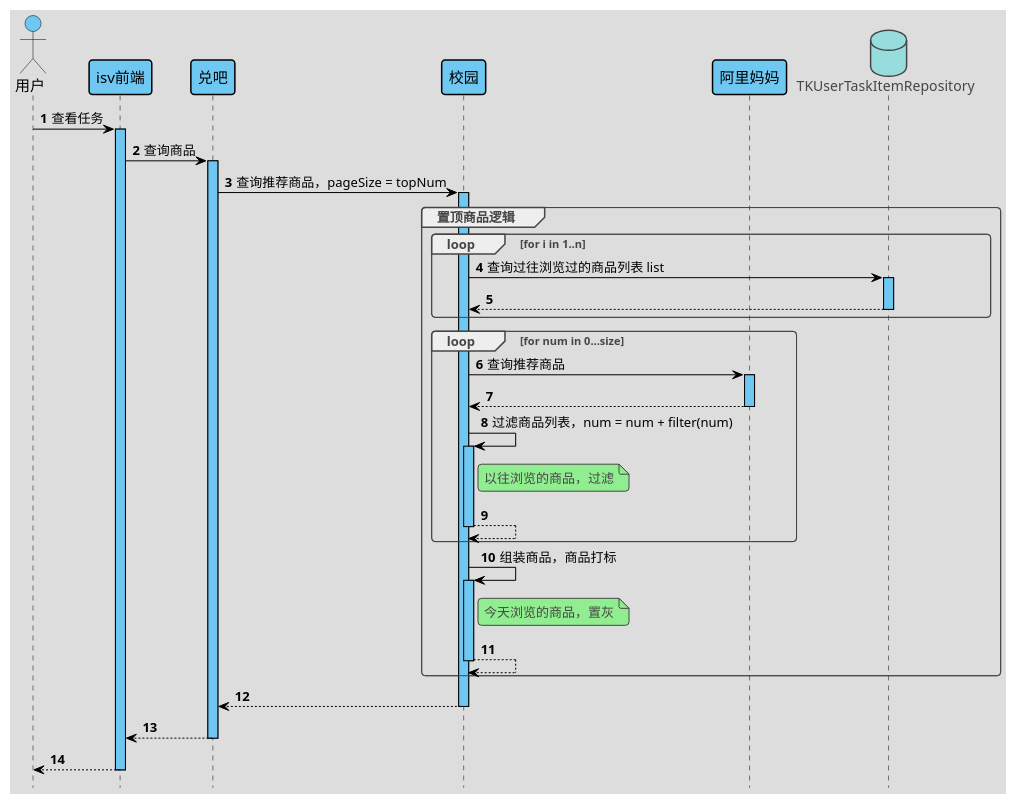
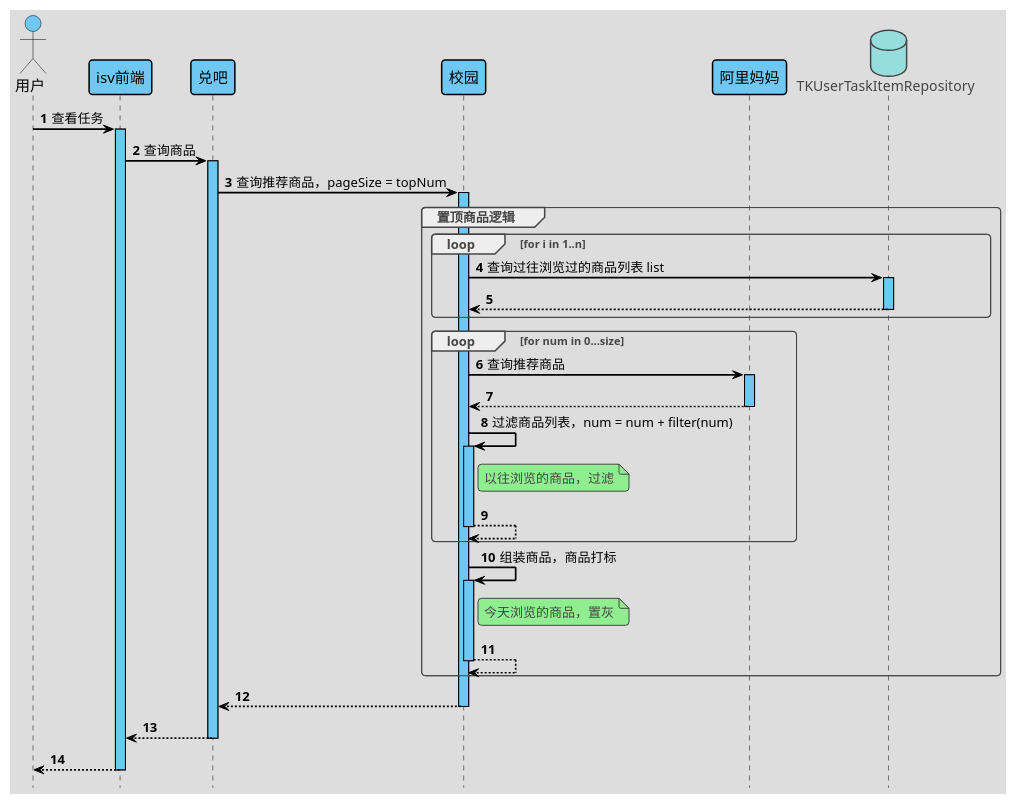
Before and after one commit to xauvlove/uml: the diagram in src/main/resource/天猫校园/淘客联盟/获取任务商品列表.puml, drawn with PlantUML. The commit also changed 21 other files, not shown here.

```diff
--- a/src/main/resource/天猫校园/淘客联盟/获取任务商品列表.puml
+++ b/src/main/resource/天猫校园/淘客联盟/获取任务商品列表.puml
@@ -1,66 +1,68 @@
 @startuml
 'https://plantuml.com/sequence-diagram
 hide footbox
 skinparam backgroundColor #EEEBDC
 
 autoActivate on
 autonumber
 !theme toy
+skinparam sequenceArrowThickness 1.7
+
 skinparam sequence {
 ArrowColor black
 ActorBorderColor black
 LifeLineBorderColor black
 LifeLineBackgroundColor #6FC8F2
 
 ParticipantBorderColor black
 ParticipantBackgroundColor #6FC8F2
 'ParticipantFontName Impact
 ParticipantFontSize 15
 ParticipantFontColor black
 
 ActorBackgroundColor #6FC8F2
 ActorFontColor black
 ActorFontSize 15
 ActorFontName Aapex
 }
 
 actor 用户 as user
 participant isv前端 as front
 participant 兑吧 as out
 participant 校园 as tmxy
 participant 阿里妈妈 as Alimama
 database TKUserTaskItemRepository as TKUserTaskItemRepository
 
 user -> front : 查看任务
 
 front -> out : 查询商品
 
 out -> tmxy : 查询推荐商品，pageSize = topNum
 
 group 置顶商品逻辑
     loop for i in 1..n
         tmxy -> TKUserTaskItemRepository : 查询过往浏览过的商品列表 list
         return
     end loop
 
     loop for num in 0...size
     tmxy -> Alimama : 查询推荐商品
     return
     tmxy -> tmxy : 过滤商品列表，num = num + filter(num)
     note right of tmxy
         以往浏览的商品，过滤
     end note
     return
     end loop
     tmxy -> tmxy : 组装商品，商品打标
     note right of tmxy
         今天浏览的商品，置灰
     end note
     return
 end group
 
 return
 return
 return
 
 @enduml
```
